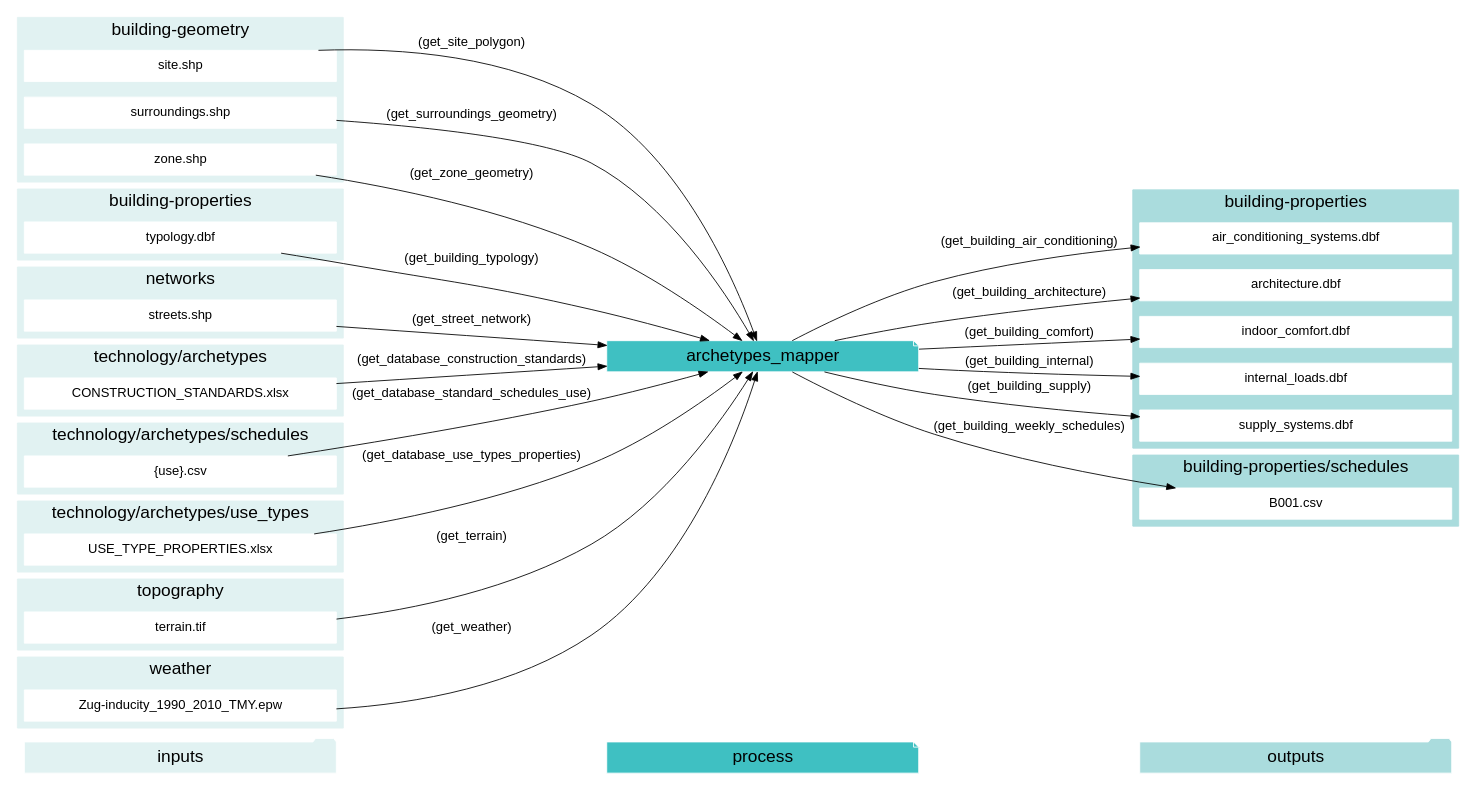
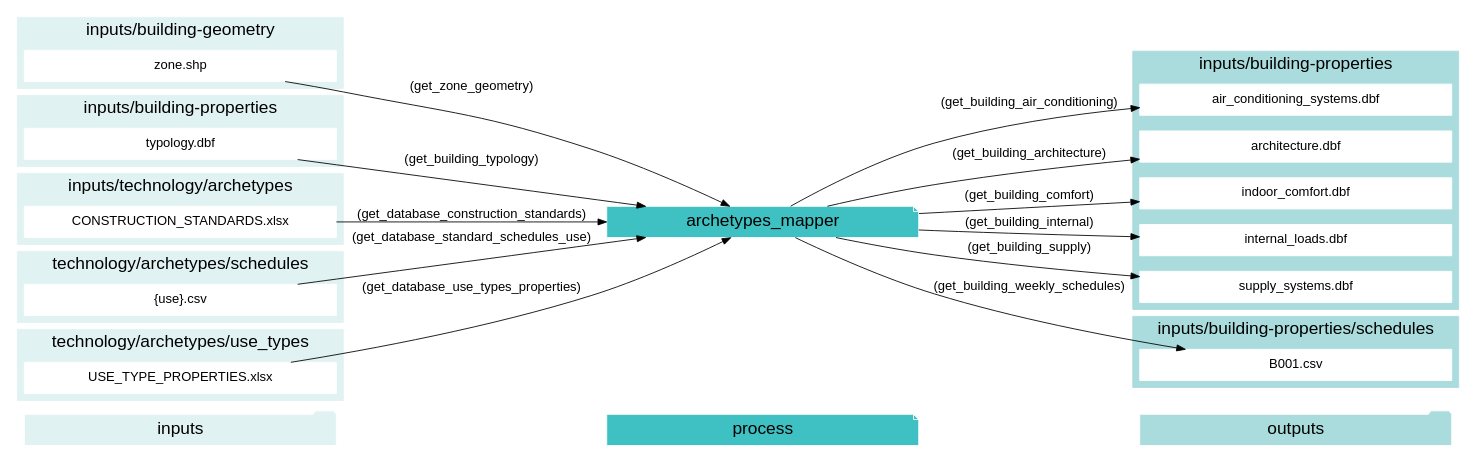
The sixth of 23 diagrams in docs/script-data-flow.rst (architecture-building-systems/CityEnergyAnalyst), drawn with Graphviz before and after one commit. The commit also changed other lines of this file and 25 other files, not shown here.

Commit message:
cleaning up cea-doc graphviz

```diff
--- a/docs/script-data-flow.rst
+++ b/docs/script-data-flow.rst
@@ -479,6 +347,6 @@
 .. graphviz::
 
-    digraph trace_inputlocator {
+    digraph archetypes_mapper {
     rankdir="LR";
     graph [overlap=false, fontname=arial];
     node [shape=box, style=filled, color=white, fontsize=15, fontname=arial, fixedsize=true, width=5];
@@ -499,9 +367,7 @@
         color = "#E1F2F2";
         fontsize = 20;
         rank=same;
-        label="building-geometry";
-        "site.shp"
-        "surroundings.shp"
+        label="inputs/building-geometry";
         "zone.shp"
     }
     subgraph cluster_1_in {
@@ -509,7 +375,7 @@
         color = "#E1F2F2";
         fontsize = 20;
         rank=same;
-        label="building-properties";
+        label="inputs/building-properties";
         "typology.dbf"
     }
     subgraph cluster_1_out {
@@ -517,7 +383,7 @@
         color = "#aadcdd";
         fontsize = 20;
         rank=same;
-        label="building-properties";
+        label="inputs/building-properties";
         "air_conditioning_systems.dbf"
         "architecture.dbf"
         "indoor_comfort.dbf"
@@ -529,7 +395,7 @@
         color = "#aadcdd";
         fontsize = 20;
         rank=same;
-        label="building-properties/schedules";
+        label="inputs/building-properties/schedules";
         "B001.csv"
     }
     subgraph cluster_3_in {
@@ -537,18 +403,10 @@
         color = "#E1F2F2";
         fontsize = 20;
         rank=same;
-        label="networks";
-        "streets.shp"
+        label="inputs/technology/archetypes";
+        "CONSTRUCTION_STANDARDS.xlsx"
     }
     subgraph cluster_4_in {
-        style = filled;
-        color = "#E1F2F2";
-        fontsize = 20;
-        rank=same;
-        label="technology/archetypes";
-        "CONSTRUCTION_STANDARDS.xlsx"
-    }
-    subgraph cluster_5_in {
         style = filled;
         color = "#E1F2F2";
         fontsize = 20;
@@ -556,7 +414,7 @@
         label="technology/archetypes/schedules";
         "{use}.csv"
     }
-    subgraph cluster_6_in {
+    subgraph cluster_5_in {
         style = filled;
         color = "#E1F2F2";
         fontsize = 20;
@@ -564,31 +422,10 @@
         label="technology/archetypes/use_types";
         "USE_TYPE_PROPERTIES.xlsx"
     }
-    subgraph cluster_7_in {
-        style = filled;
-        color = "#E1F2F2";
-        fontsize = 20;
-        rank=same;
-        label="topography";
-        "terrain.tif"
-    }
-    subgraph cluster_8_in {
-        style = filled;
-        color = "#E1F2F2";
-        fontsize = 20;
-        rank=same;
-        label="weather";
-        "Zug-inducity_1990_2010_TMY.epw"
-    }
     "typology.dbf" -> "archetypes_mapper"[label="(get_building_typology)"]
     "CONSTRUCTION_STANDARDS.xlsx" -> "archetypes_mapper"[label="(get_database_construction_standards)"]
     "{use}.csv" -> "archetypes_mapper"[label="(get_database_standard_schedules_use)"]
     "USE_TYPE_PROPERTIES.xlsx" -> "archetypes_mapper"[label="(get_database_use_types_properties)"]
-    "site.shp" -> "archetypes_mapper"[label="(get_site_polygon)"]
-    "streets.shp" -> "archetypes_mapper"[label="(get_street_network)"]
-    "surroundings.shp" -> "archetypes_mapper"[label="(get_surroundings_geometry)"]
-    "terrain.tif" -> "archetypes_mapper"[label="(get_terrain)"]
-    "Zug-inducity_1990_2010_TMY.epw" -> "archetypes_mapper"[label="(get_weather)"]
     "zone.shp" -> "archetypes_mapper"[label="(get_zone_geometry)"]
     "archetypes_mapper" -> "air_conditioning_systems.dbf"[label="(get_building_air_conditioning)"]
     "archetypes_mapper" -> "architecture.dbf"[label="(get_building_architecture)"]
```
